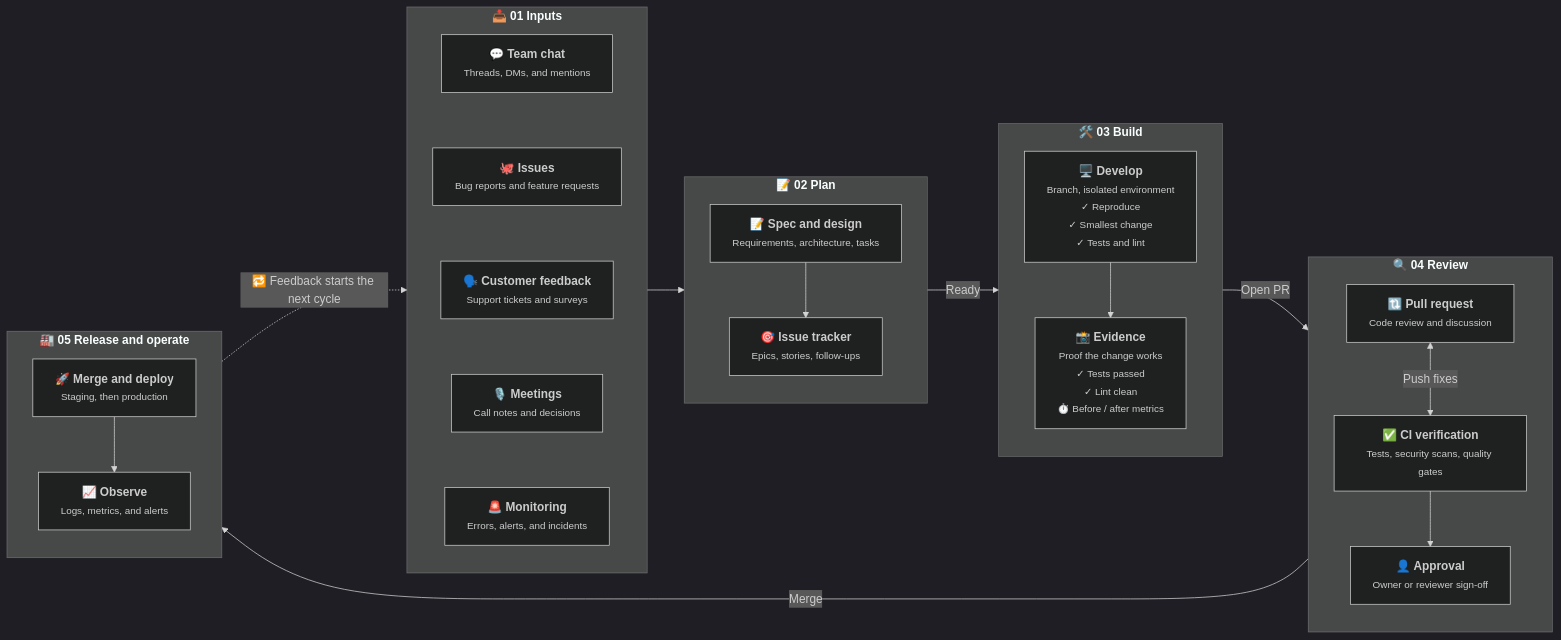
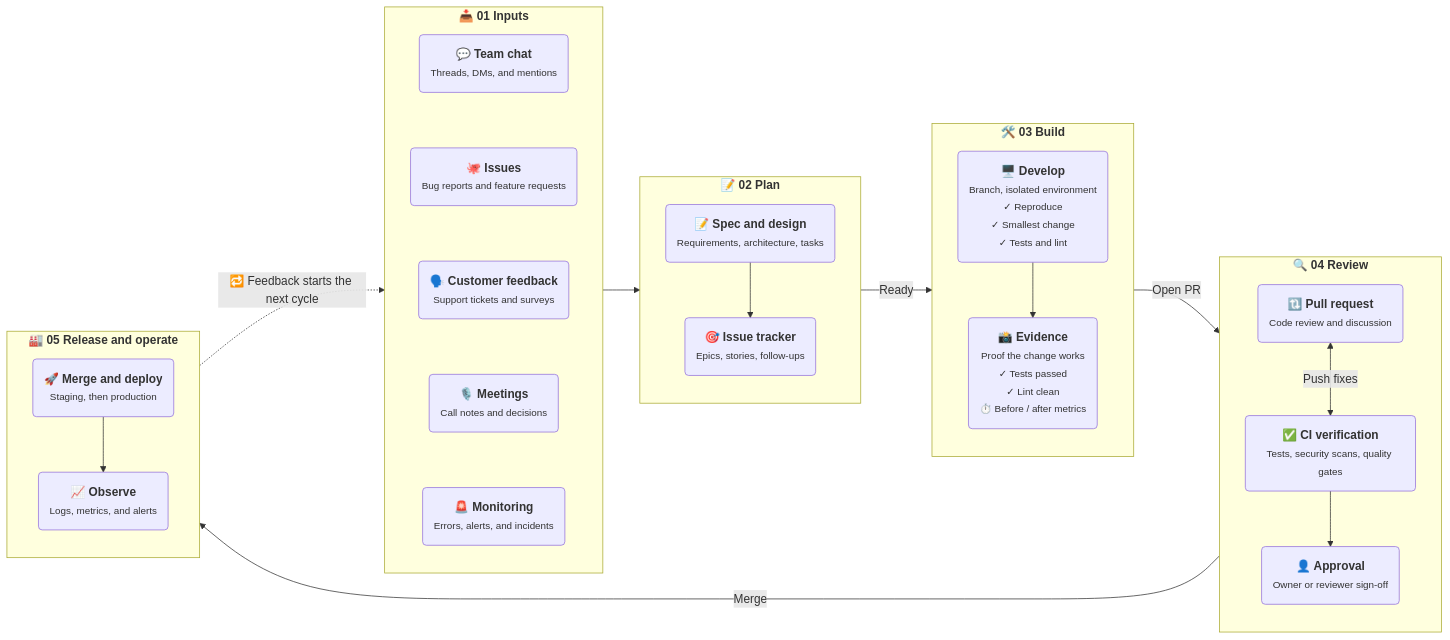
One commit to sayjeyhi/talks changed the seventh of 13 diagrams in presentations/oh-my-harness/slides.md. Above: the diagram before and after it, drawn with Mermaid. The commit also changed other lines of this file and 16 other files, not shown here.

````diff
--- a/presentations/oh-my-harness/slides.md
+++ b/presentations/oh-my-harness/slides.md
@@ -1514,50 +1403,49 @@
 ```mermaid
-%%{init: {"theme": "dark"}}%%
 flowchart LR
     subgraph S01["<b>📥 01 Inputs</b>"]
         direction TB
-        chat["<b>💬 Team chat</b><br/><small>Threads, DMs, and mentions</small>"]
-        issues["<b>🐙 Issues</b><br/><small>Bug reports and feature requests</small>"]
-        feedback["<b>🗣️ Customer feedback</b><br/><small>Support tickets and surveys</small>"]
-        meetings["<b>🎙️ Meetings</b><br/><small>Call notes and decisions</small>"]
-        monitoring["<b>🚨 Monitoring</b><br/><small>Errors, alerts, and incidents</small>"]
+        chat("<b>💬 Team chat</b><br/><small>Threads, DMs, and mentions</small>")
+        issues("<b>🐙 Issues</b><br/><small>Bug reports and feature requests</small>")
+        feedback("<b>🗣️ Customer feedback</b><br/><small>Support tickets and surveys</small>")
+        meetings("<b>🎙️ Meetings</b><br/><small>Call notes and decisions</small>")
+        monitoring("<b>🚨 Monitoring</b><br/><small>Errors, alerts, and incidents</small>")
         %% Invisible links keep the inputs stacked vertically
         chat ~~~ issues ~~~ feedback ~~~ meetings ~~~ monitoring
     end
 
     subgraph PLAN["<b>📝 02 Plan</b>"]
         direction TB
-        spec["<b>📝 Spec and design</b><br/><small>Requirements, architecture, tasks</small>"]
-        tracker["<b>🎯 Issue tracker</b><br/><small>Epics, stories, follow-ups</small>"]
+        spec("<b>📝 Spec and design</b><br/><small>Requirements, architecture, tasks</small>")
+        tracker("<b>🎯 Issue tracker</b><br/><small>Epics, stories, follow-ups</small>")
         spec --> tracker
     end
 
     subgraph S04["<b>🛠️ 03 Build</b>"]
         direction TB
-        dev["<b>🖥️ Develop</b><br/><small>Branch, isolated environment<br/>✓ Reproduce<br/>✓ Smallest change<br/>✓ Tests and lint</small>"]
-        evidence["<b>📸 Evidence</b><br/><small>Proof the change works<br/>✓ Tests passed<br/>✓ Lint clean<br/>⏱️ Before / after metrics</small>"]
+        dev("<b>🖥️ Develop</b><br/><small>Branch, isolated environment<br/>✓ Reproduce<br/>✓ Smallest change<br/>✓ Tests and lint</small>")
+        evidence("<b>📸 Evidence</b><br/><small>Proof the change works<br/>✓ Tests passed<br/>✓ Lint clean<br/>⏱️ Before / after metrics</small>")
         dev --> evidence
     end
 
     subgraph S05["<b>🔍 04 Review</b>"]
         direction TB
-        pr["<b>🔃 Pull request</b><br/><small>Code review and discussion</small>"]
-        verify["<b>✅ CI verification</b><br/><small>Tests, security scans, quality gates</small>"]
-        human["<b>👤 Approval</b><br/><small>Owner or reviewer sign-off</small>"]
+        pr("<b>🔃 Pull request</b><br/><small>Code review and discussion</small>")
+        verify("<b>✅ CI verification</b><br/><small>Tests, security scans, quality gates</small>")
+        human("<b>👤 Approval</b><br/><small>Owner or reviewer sign-off</small>")
         pr <-->|Push fixes| verify
         verify --> human
     end
 
     subgraph S06["<b>🏭 05 Release and operate</b>"]
         direction TB
-        deploy["<b>🚀 Merge and deploy</b><br/><small>Staging, then production</small>"]
-        obs["<b>📈 Observe</b><br/><small>Logs, metrics, and alerts</small>"]
+        deploy("<b>🚀 Merge and deploy</b><br/><small>Staging, then production</small>")
+        obs("<b>📈 Observe</b><br/><small>Logs, metrics, and alerts</small>")
         deploy --> obs
     end
 
     S01 --> spec
     tracker -->|Ready| dev
     evidence -->|Open PR| pr
     human -->|Merge| deploy
     obs -.->|🔁 Feedback starts the next cycle| S01
 ```
````
